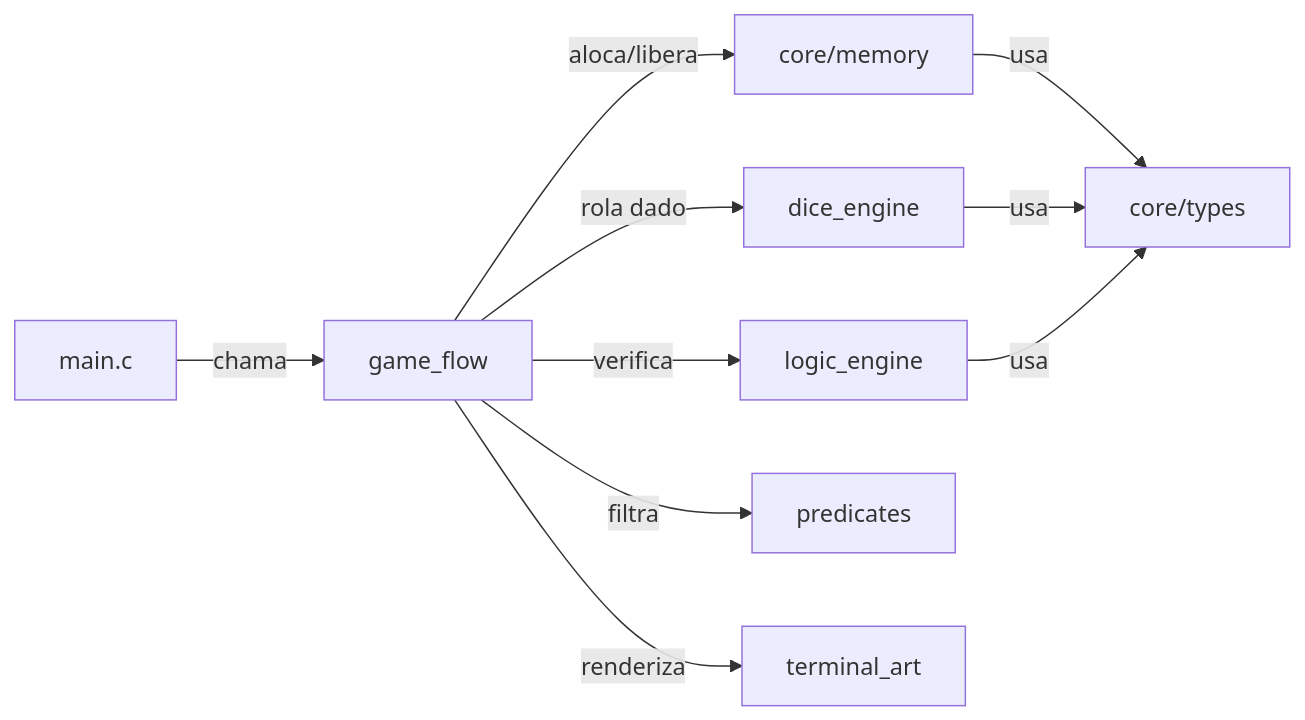
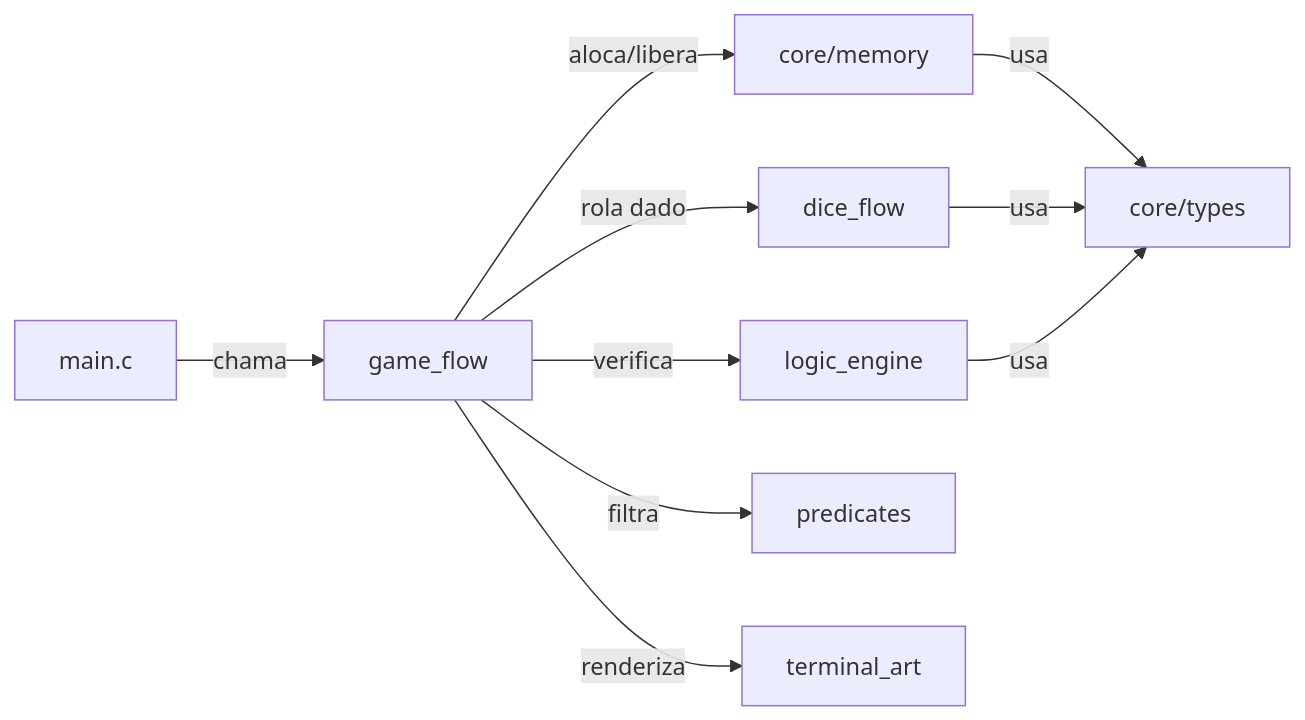
The fourth of 4 diagrams in README.md (rsc3-pixel/The-Boolean-Bar), drawn with Mermaid before and after one commit. The commit also changed other lines of this file and 11 other files, not shown here.

````diff
--- a/README.md
+++ b/README.md
@@ -241,12 +246,12 @@
 ```mermaid
 graph LR
     A["main.c"] -->|"chama"| B["game_flow"]
     B -->|"aloca/libera"| C["core/memory"]
-    B -->|"rola dado"| D["dice_engine"]
+    B -->|"rola dado"| D["dice_flow"]
     B -->|"verifica"| E["logic_engine"]
     B -->|"filtra"| F["predicates"]
     B -->|"renderiza"| G["terminal_art"]
     C -->|"usa"| I["core/types"]
     D -->|"usa"| I
     E -->|"usa"| I
 ```
````
